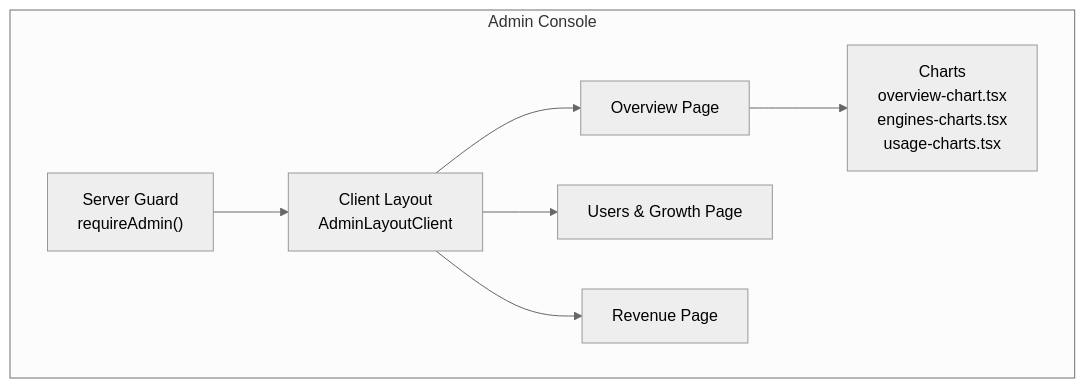
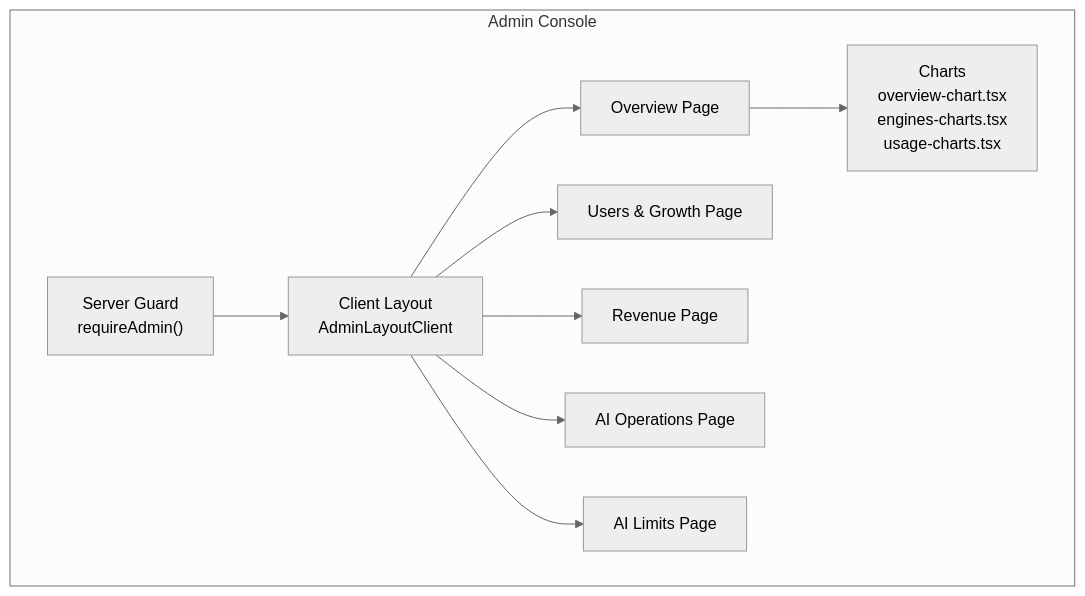
One commit to ecryptoguru/lyraalpha changed the first of 10 diagrams in .qoder/repowiki/en/content/Core Features/Administrative Tools.md. Above: the diagram before and after it, drawn with Mermaid (neutral theme). The commit also changed other lines of this file and 95 other files, not shown here.

````diff
--- a/.qoder/repowiki/en/content/Core Features/Administrative Tools.md
+++ b/.qoder/repowiki/en/content/Core Features/Administrative Tools.md
@@ -36,16 +52,20 @@
 ```mermaid
 graph TB
 subgraph "Admin Console"
 L["Server Guard<br/>requireAdmin()"]
 C["Client Layout<br/>AdminLayoutClient"]
 O["Overview Page"]
 UG["Users & Growth Page"]
 R["Revenue Page"]
+AO["AI Operations Page"]
+AL["AI Limits Page"]
 UC["Charts<br/>overview-chart.tsx<br/>engines-charts.tsx<br/>usage-charts.tsx"]
 end
 L --> C
 C --> O
 C --> UG
 C --> R
+C --> AO
+C --> AL
 O --> UC
 ```
````
